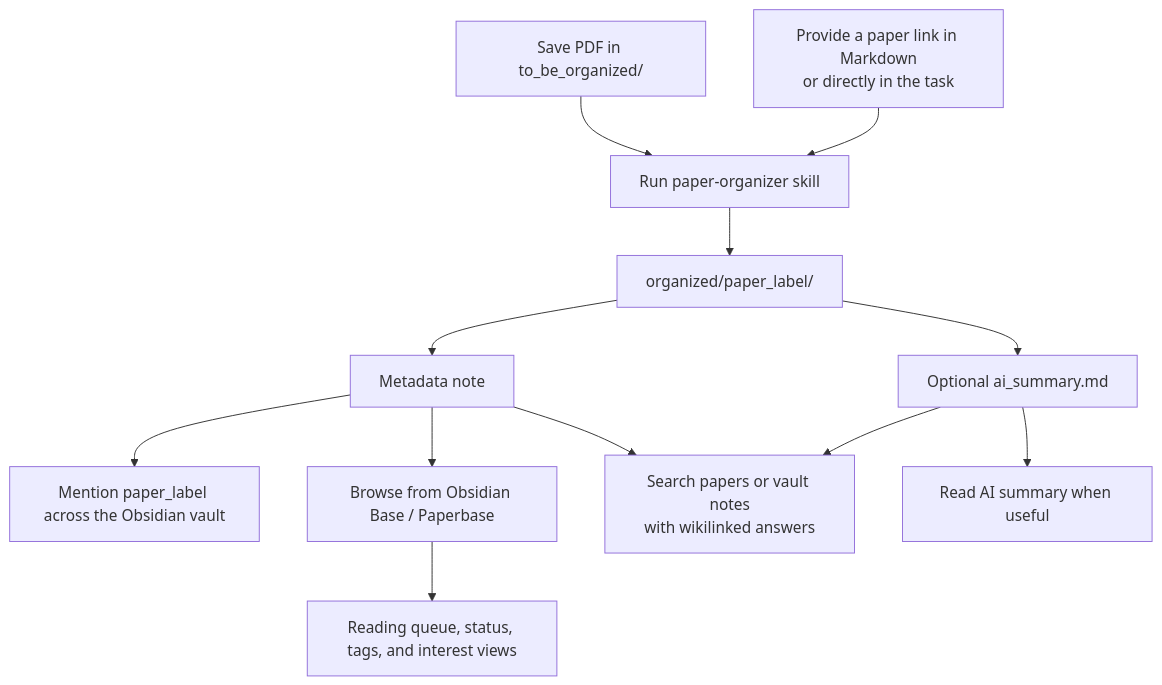
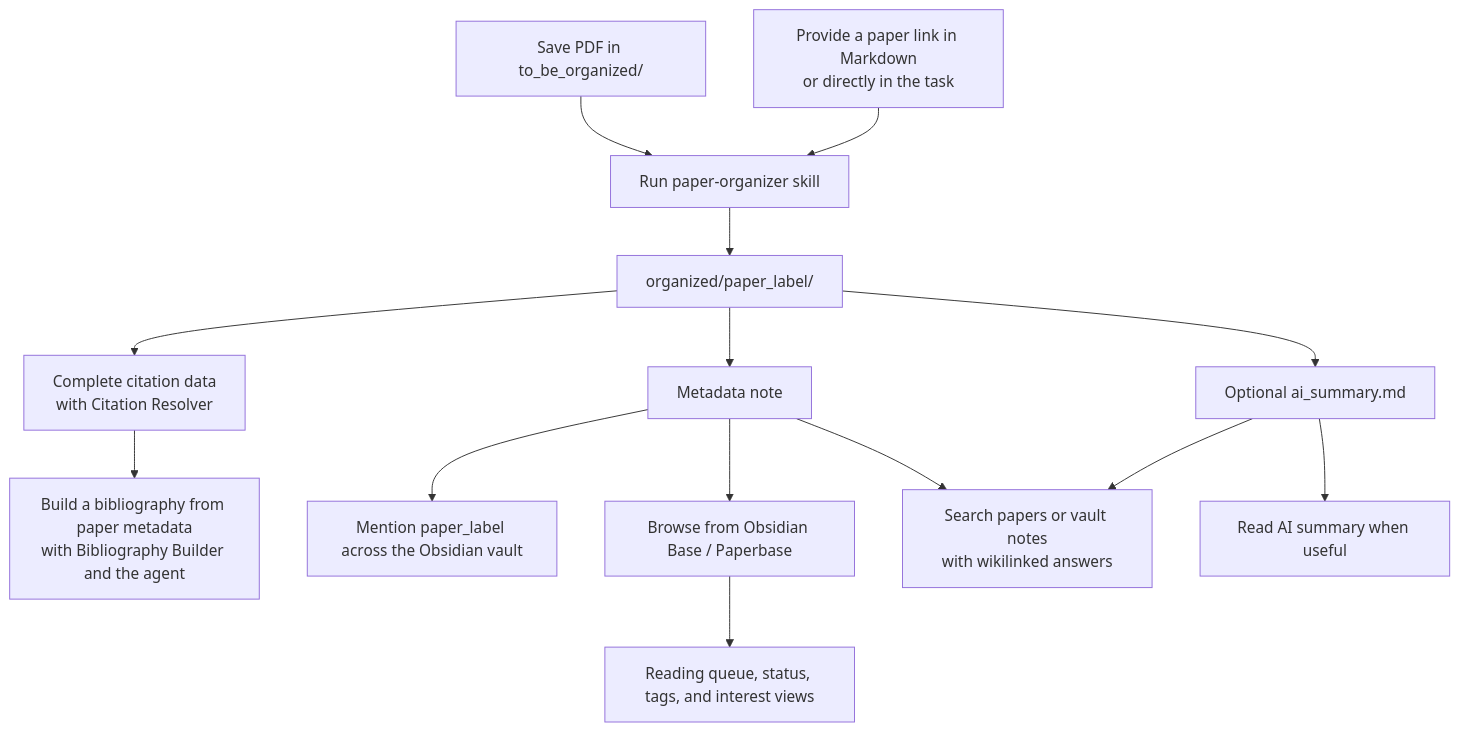
One commit to howieeeeeeeeee/paper-management-system changed the diagram in README.md. Above: the diagram before and after it, drawn with Mermaid. The commit also changed other lines of this file and 39 other files, not shown here.

````diff
--- a/README.md
+++ b/README.md
@@ -12,14 +28,16 @@
 ```mermaid
 flowchart TD
     A[Save PDF in to_be_organized/] --> B[Run paper-organizer skill]
     A2[Provide a paper link in Markdown<br/>or directly in the task] --> B
     B --> C[organized/paper_label/]
     C --> D[Metadata note]
+    C --> K[Complete citation data<br/>with Citation Resolver]
+    K --> L[Build a bibliography from paper metadata<br/>with Bibliography Builder and the agent]
     C --> E[Optional ai_summary.md]
     D --> F[Mention paper_label across the Obsidian vault]
     D --> H[Browse from Obsidian Base / Paperbase]
     H --> I[Reading queue, status, tags, and interest views]
     D --> J[Search papers or vault notes<br/>with wikilinked answers]
     E --> J
     E --> G[Read AI summary when useful]
 ```
````
